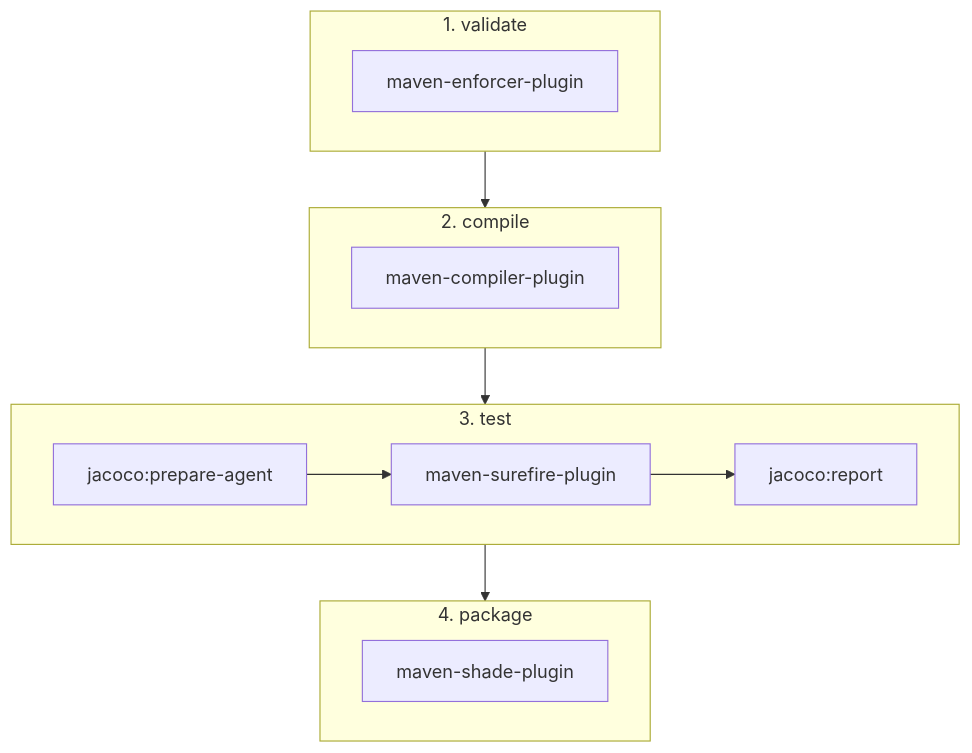
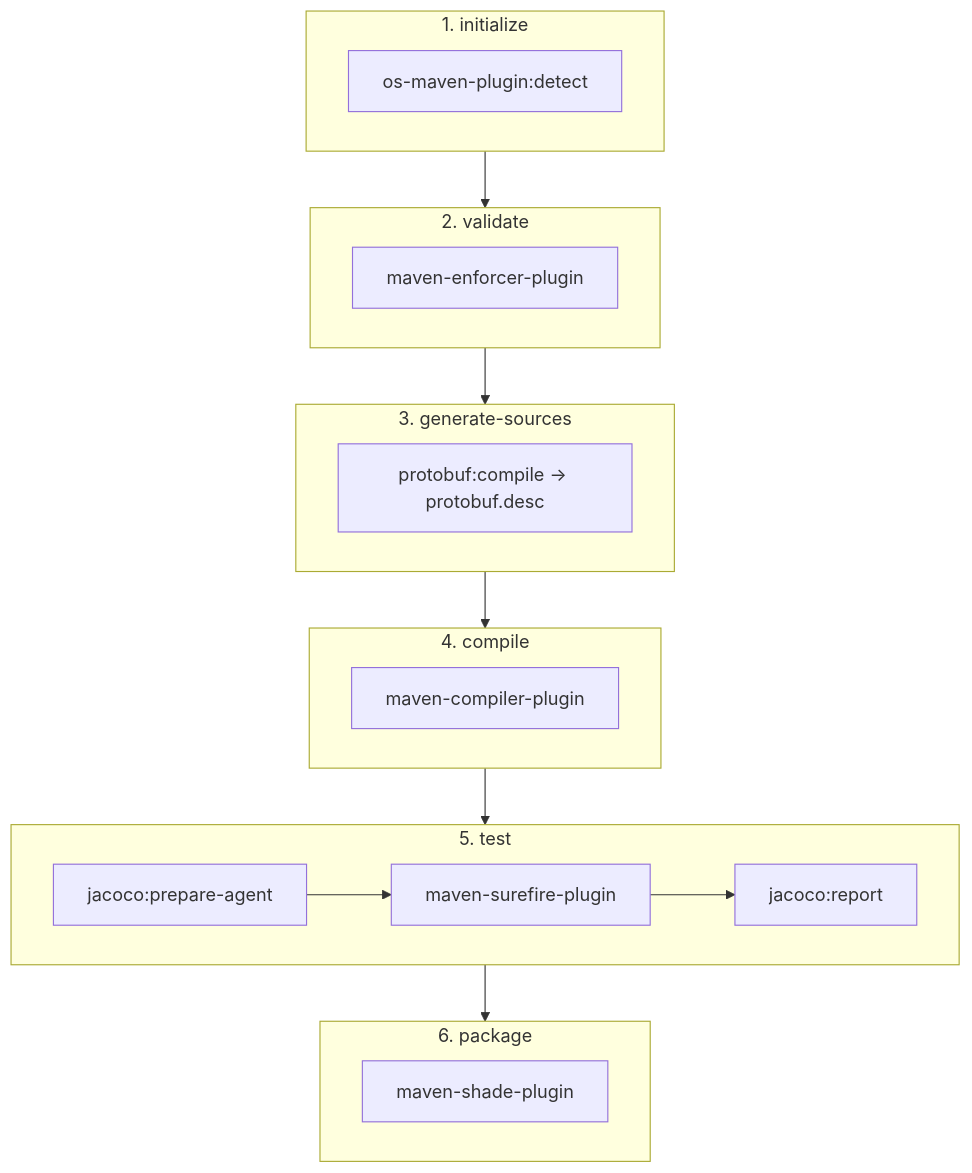
The diagram in docs/developer-guide/maven-plugins.md (FortuneN/kete), drawn with Mermaid before and after one commit. The commit also changed other lines of this file and 75 other files, not shown here.

````diff
--- a/docs/developer-guide/maven-plugins.md
+++ b/docs/developer-guide/maven-plugins.md
@@ -42,23 +46,31 @@
 ```mermaid
 flowchart TD
-    subgraph V["1. validate"]
+    subgraph I["1. initialize"]
+        I1["os-maven-plugin:detect"]
+    end
+
+    subgraph V["2. validate"]
         V1["maven-enforcer-plugin"]
     end
 
-    subgraph C["2. compile"]
+    subgraph G["3. generate-sources"]
+        G1["protobuf:compile → protobuf.desc"]
+    end
+
+    subgraph C["4. compile"]
         C1["maven-compiler-plugin"]
     end
 
-    subgraph T["3. test"]
+    subgraph T["5. test"]
         T1["jacoco:prepare-agent"]
         T2["maven-surefire-plugin"]
         T3["jacoco:report"]
         T1 --> T2 --> T3
     end
 
-    subgraph P["4. package"]
+    subgraph P["6. package"]
         P1["maven-shade-plugin"]
     end
 
-    V --> C --> T --> P
+    I --> V --> G --> C --> T --> P
 ```
````
